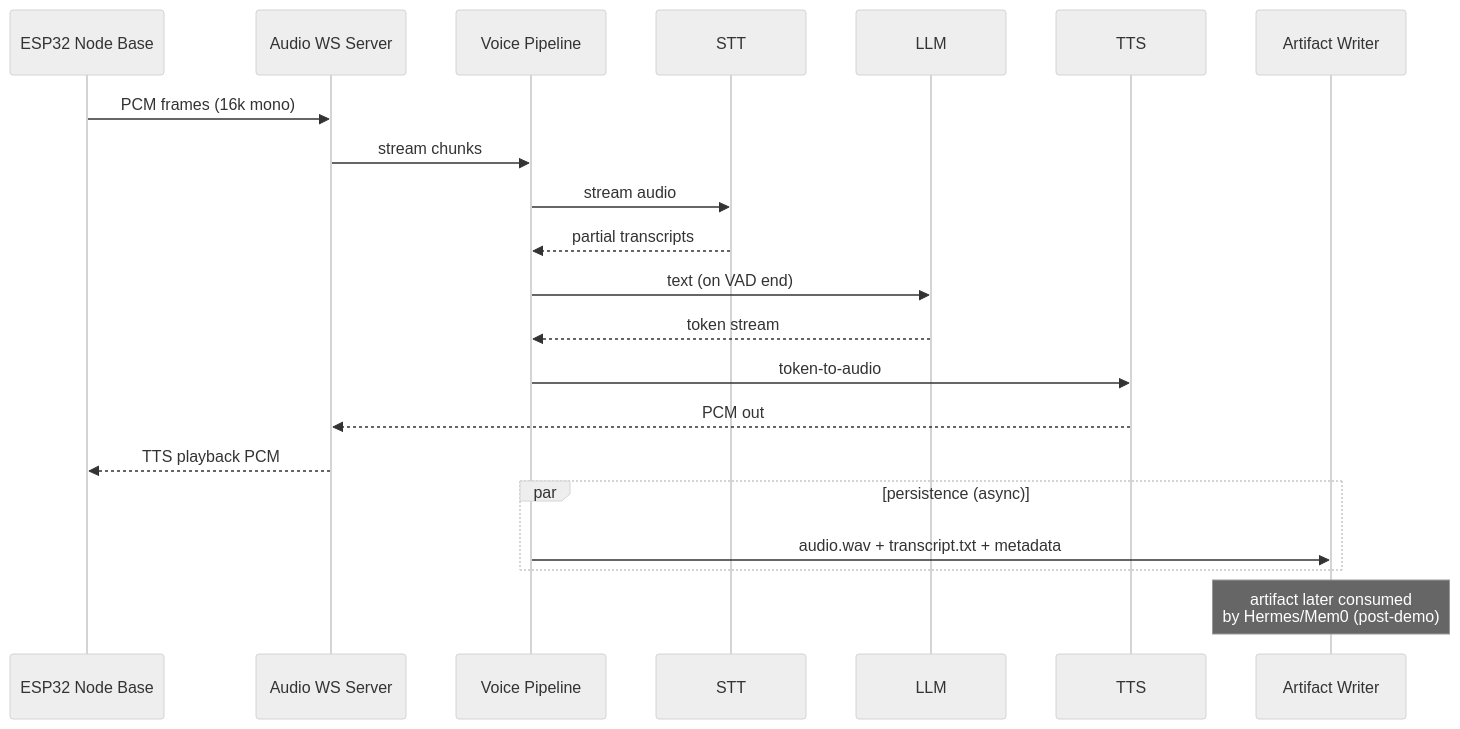
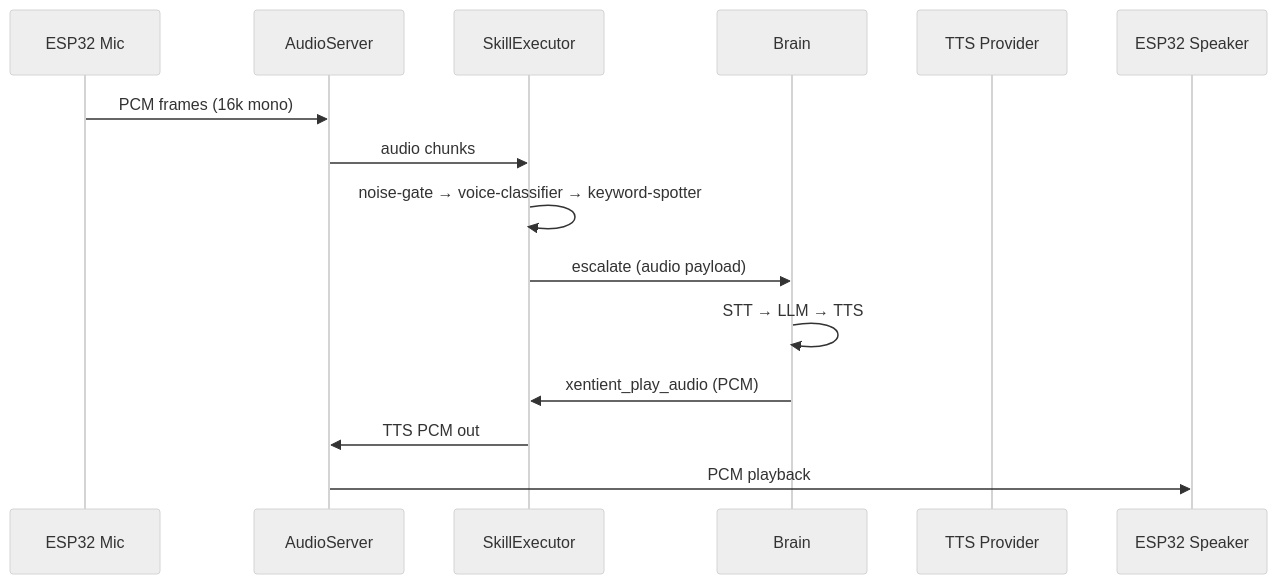
One commit to daviddatuX25/Xentient changed the fourth of 8 diagrams in docs/ARCHITECTURE.md. Above: the diagram before and after it, drawn with Mermaid (neutral theme). The commit also changed other lines of this file and 25 other files, not shown here.

````diff
--- a/docs/ARCHITECTURE.md
+++ b/docs/ARCHITECTURE.md
@@ -306,24 +201,18 @@
 ```mermaid
 sequenceDiagram
-    participant ESP as ESP32 Node Base
-    participant WS as Audio WS Server
-    participant VP as Voice Pipeline
-    participant STT
-    participant LLM
-    participant TTS
-    participant ART as Artifact Writer
+    participant MIC as ESP32 Mic
+    participant WS as AudioServer
+    participant SE as SkillExecutor
+    participant BR as Brain
+    participant TTS as TTS Provider
+    participant SPK as ESP32 Speaker
 
-    ESP->>WS: PCM frames (16k mono)
-    WS->>VP: stream chunks
-    VP->>STT: stream audio
-    STT-->>VP: partial transcripts
-    VP->>LLM: text (on VAD end)
-    LLM-->>VP: token stream
-    VP->>TTS: token-to-audio
-    TTS-->>WS: PCM out
-    WS-->>ESP: TTS playback PCM
-    par persistence (async)
-        VP->>ART: audio.wav + transcript.txt + metadata
-    end
-    Note over ART: artifact later consumed<br/>by Hermes/Mem0 (post-demo)
+    MIC->>WS: PCM frames (16k mono)
+    WS->>SE: audio chunks
+    SE->>SE: noise-gate → voice-classifier → keyword-spotter
+    SE->>BR: escalate (audio payload)
+    BR->>BR: STT → LLM → TTS
+    BR->>SE: xentient_play_audio (PCM)
+    SE->>WS: TTS PCM out
+    WS->>SPK: PCM playback
 ```
````
